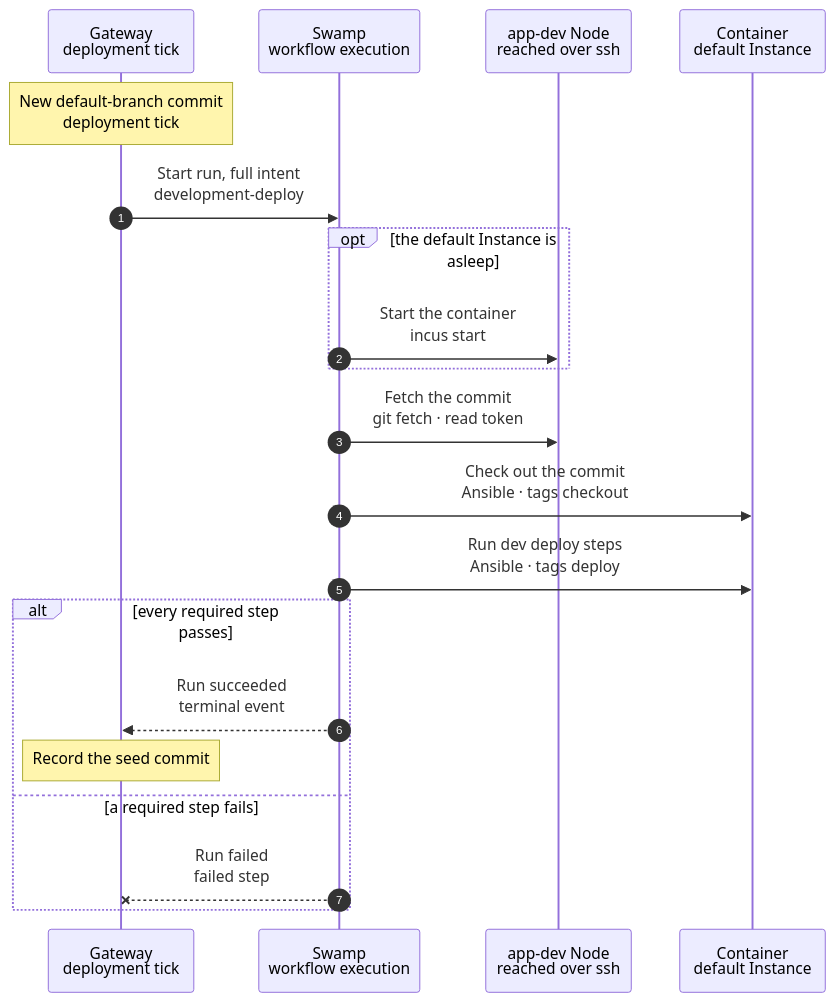
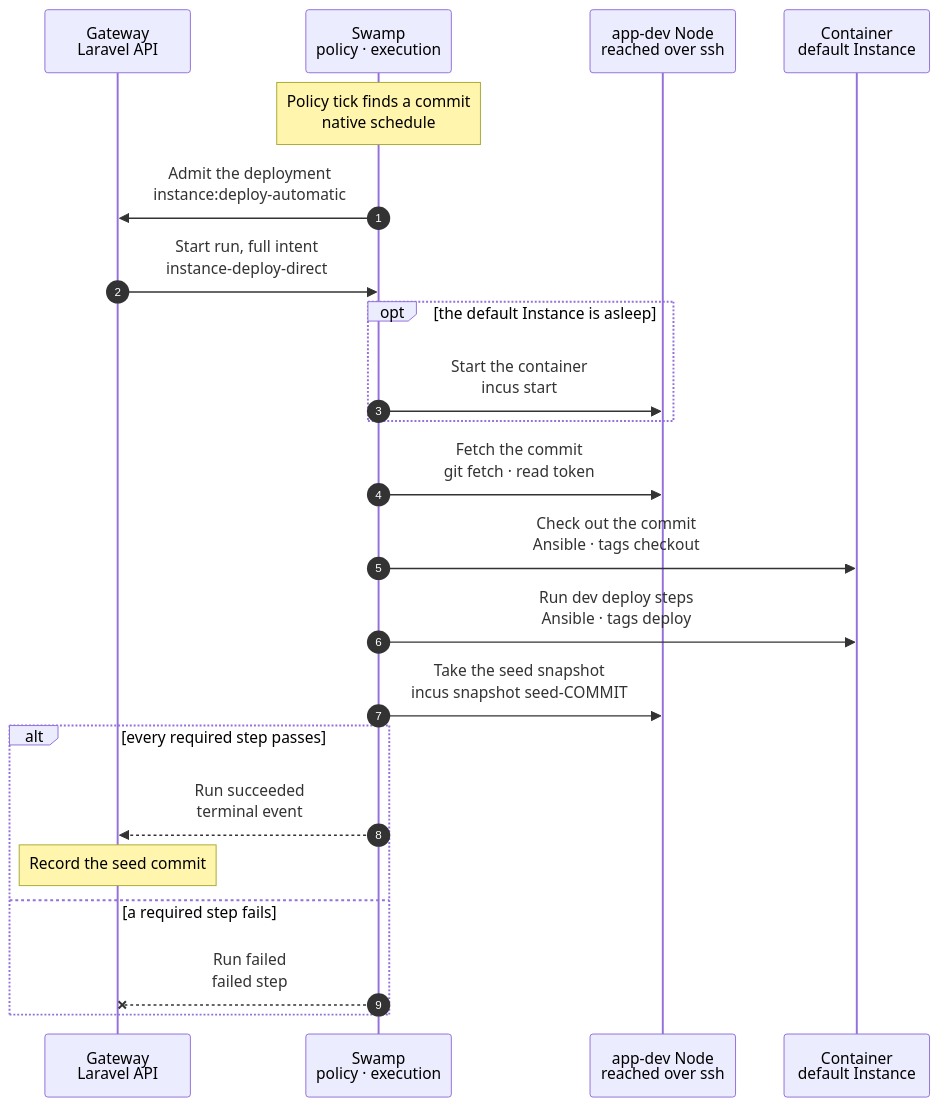
One commit to hardimpactdev/orbit changed the diagram in docs/cli/instance/container/deploy-default.mmd. Above: the diagram before and after it, drawn with Mermaid. The commit also changed 7 other files, not shown here.

First line of the commit message:
docs: apply the independent review to the decided step 6 design

```diff
--- a/docs/cli/instance/container/deploy-default.mmd
+++ b/docs/cli/instance/container/deploy-default.mmd
@@ -1,43 +1,48 @@
 sequenceDiagram
-  %% Target design, container runtime (ADR 0250 step 6, docs/reference/development-containers.md#the-default-instance): the automatic development deployment of docs/reference/deployments.md, in the default Instance's container. Every merge to the default branch reaches the default Instance, so new clones start current.
+  %% Target design, container runtime (ADR 0250 step 6, docs/reference/development-containers.md#the-default-instance): the automatic development deployment of docs/reference/deployments.md, in the default Instance's container. Swamp's policy finds the commit, as it does today; the Gateway admits the deployment and records its result. When the charts move into place, this becomes the development branch of the deploy chart.
   %% status: draft
-  %% command: none · automatic deployment tick
+  %% command: none · automatic deployment policy
   %% kind: instance.deploy
   autonumber
   %% lane GW icon=gateway pill=intent tone=blue
   %% lane SW icon=workflow pill=executes tone=green
   %% lane N icon=server pill=target tone=amber
   %% lane C icon=server pill=target tone=purple
-  participant GW as Gateway<br/>deployment tick
-  participant SW as Swamp<br/>workflow execution
+  participant GW as Gateway<br/>Laravel API
+  participant SW as Swamp<br/>policy · execution
   participant N as app-dev Node<br/>reached over ssh
   participant C as Container<br/>default Instance
-  Note over GW: New default-branch commit<br/>deployment tick
-  %%> When:
-  %%> - the default branch has a commit that the default Instance has not deployed, as today
-  %%> Result:
-  %%> - a deployment task with the commit, the Instance lock and a repository read token in the vault
-  GW->>SW: Start run, full intent<br/>development-deploy
+  Note over SW: Policy tick finds a commit<br/>native schedule
+  %%> What it does:
+  %%> - Swamp's automatic deployment policy reads the default branch head and the checks, as it does today; it owns discovery, backoff and the retry limit
+  SW->>GW: Admit the deployment<br/>instance:deploy-automatic
+  %%> What it does:
+  %%> - the Gateway admits `instance.deploy` for that exact commit, with the Instance lock and a repository read token in the vault
+  GW->>SW: Start run, full intent<br/>instance-deploy-direct
   opt the default Instance is asleep
     SW->>N: Start the container<br/>incus start
   end
   SW->>N: Fetch the commit<br/>git fetch · read token
   %%> What it does:
   %%> - fetches on the Node and pushes the commit into the container's repository; the token never enters the container
   SW->>C: Check out the commit<br/>Ansible · tags checkout
   %%> What it does:
   %%> - the same checks as a checkout default: a dirty tree refuses `deployment.checkout_dirty`, a diverged branch `deployment.branch_diverged`
   SW->>C: Run dev deploy steps<br/>Ansible · tags deploy
   %%> What it does:
   %%> - the Project's development deploy steps, as `orbit`: they install changed dependencies and migrate
   %%> - restarts the Processes whose code changed
+  SW->>N: Take the seed snapshot<br/>incus snapshot seed-COMMIT
+  %%> What it does:
+  %%> - stops the default's Processes for a moment, snapshots the container and starts them again, so clones copy no half-written file
+  %%> - deletes older seed snapshots that no clone uses
   alt every required step passes
     SW-->>GW: Run succeeded<br/>terminal event
     Note over GW: Record the seed commit
     %%> Result:
-    %%> - new clones start at this commit; existing clones do not change
+    %%> - new clones start at this snapshot; existing clones do not change
   else a required step fails
     SW--xGW: Run failed<br/>failed step
     %%> Result:
-    %%> - clones keep starting at the last commit that deployed; the tick retries after a backoff, at most three times
+    %%> - no new seed snapshot is taken, so clones keep starting at the last commit that deployed; Swamp's policy retries after its backoff
   end
```
